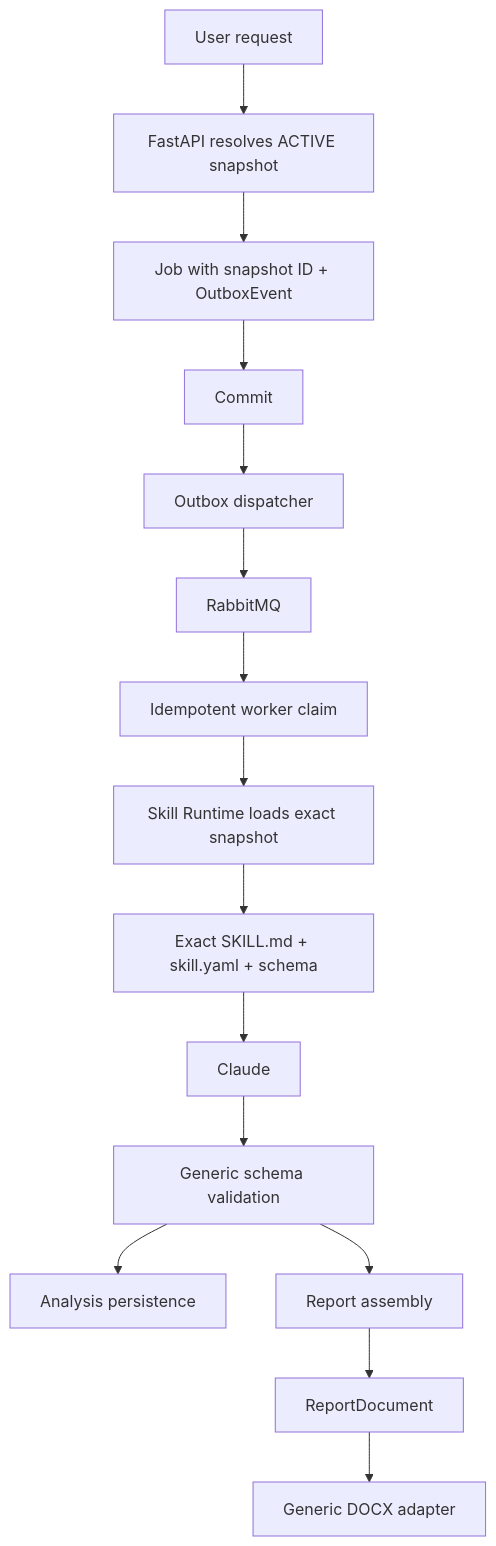
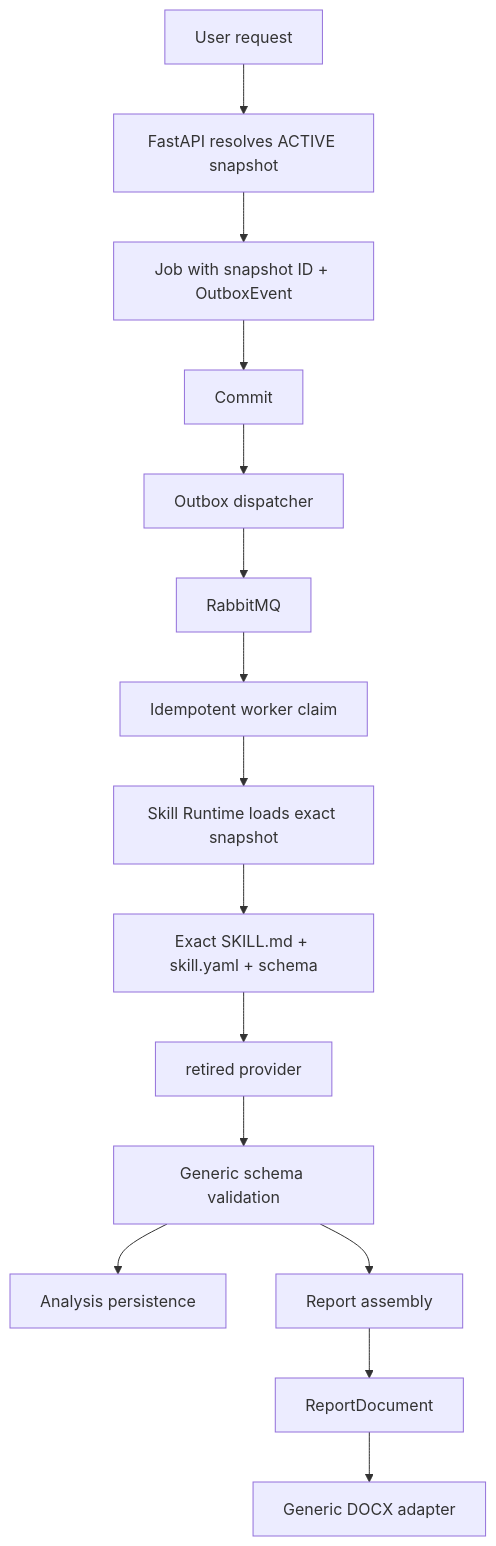
One commit to Jeysibn/noc-report changed the diagram in docs/adr/0010-phase-5-runtime-correctness.md. Above: the diagram before and after it, drawn with Mermaid. The commit also changed other lines of this file and 148 other files, not shown here.

````diff
--- a/docs/adr/0010-phase-5-runtime-correctness.md
+++ b/docs/adr/0010-phase-5-runtime-correctness.md
@@ -61,17 +61,17 @@
 ```mermaid
 flowchart TD
   U[User request] --> A[FastAPI resolves ACTIVE snapshot]
   A --> J[Job with snapshot ID + OutboxEvent]
   J --> C[Commit]
   C --> O[Outbox dispatcher]
   O --> Q[RabbitMQ]
   Q --> W[Idempotent worker claim]
   W --> R[Skill Runtime loads exact snapshot]
   R --> S[Exact SKILL.md + skill.yaml + schema]
-  S --> CL[Claude]
+  S --> CL[retired provider]
   CL --> V[Generic schema validation]
   V --> AP[Analysis persistence]
   V --> RA[Report assembly]
   RA --> D[ReportDocument]
   D --> X[Generic DOCX adapter]
 ```
````
